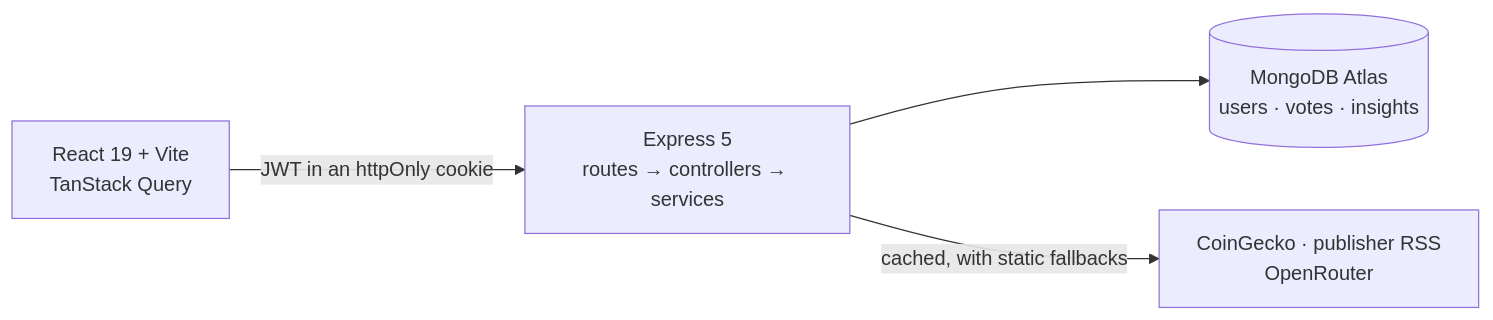
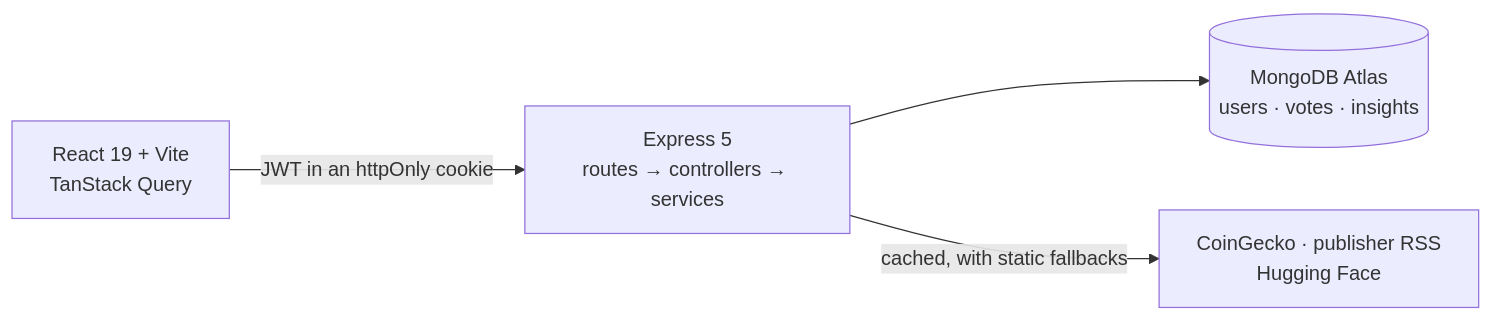
Before and after one commit to EdenIvgi/ai-crypto-advisor: the diagram in README.md, drawn with Mermaid. The commit also changed other lines of this file and 4 other files, not shown here.

First line of the commit message:
docs(dashboard): record the hugging face and prompt decisions

````diff
--- a/README.md
+++ b/README.md
@@ -97,11 +101,11 @@
 ```mermaid
 flowchart LR
     Browser["React 19 + Vite<br/>TanStack Query"]
     API["Express 5<br/>routes → controllers → services"]
     DB[("MongoDB Atlas<br/>users · votes · insights")]
-    Ext["CoinGecko · publisher RSS<br/>OpenRouter"]
+    Ext["CoinGecko · publisher RSS<br/>Hugging Face"]
 
     Browser -- "JWT in an httpOnly cookie" --> API
     API --> DB
     API -- "cached, with static fallbacks" --> Ext
 ```
````
